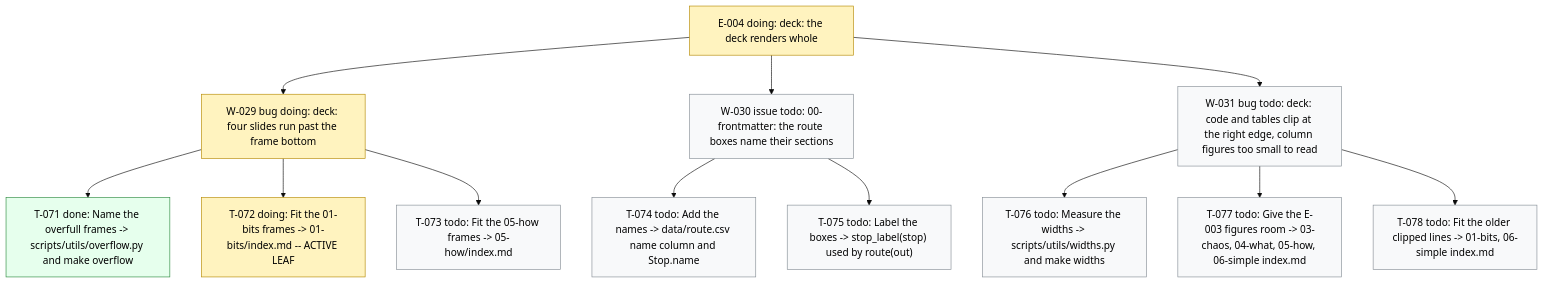
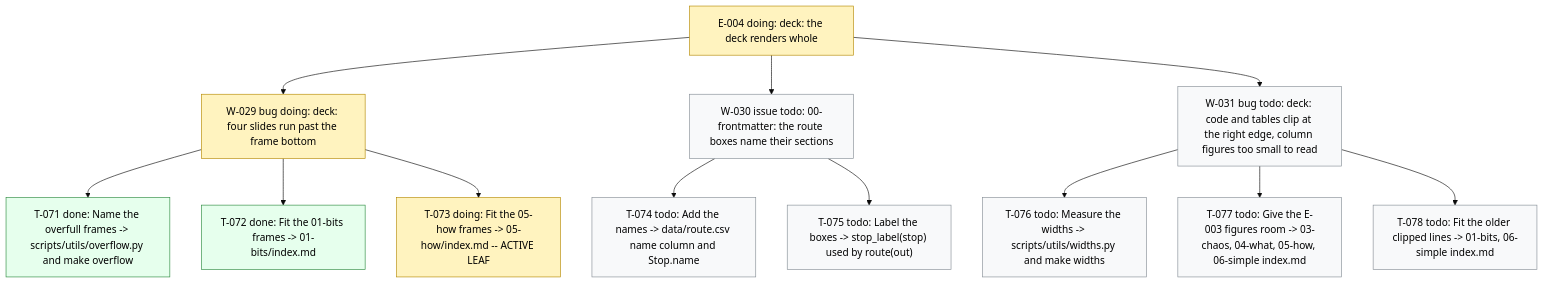
Before and after one commit to dpopchev/chaos-to-simple: the diagram in .board/BOARD.md, drawn with Mermaid (base theme). The commit also changed other lines of this file and 2 other files, not shown here.

Commit message:
chore(board): close T-072, start T-073
Refs: W-029 T-072 T-073

````diff
--- a/.board/BOARD.md
+++ b/.board/BOARD.md
@@ -193,23 +193,23 @@
 ```mermaid
 flowchart TD
   E004["E-004 doing: deck: the deck renders whole"]
   E004 --> W029["W-029 bug doing: deck: four slides run past the frame bottom"]
   W029 --> T071["T-071 done: Name the overfull frames -> scripts/utils/overflow.py and make overflow"]
-  W029 --> T072["T-072 doing: Fit the 01-bits frames -> 01-bits/index.md -- ACTIVE LEAF"]
-  W029 --> T073["T-073 todo: Fit the 05-how frames -> 05-how/index.md"]
+  W029 --> T072["T-072 done: Fit the 01-bits frames -> 01-bits/index.md"]
+  W029 --> T073["T-073 doing: Fit the 05-how frames -> 05-how/index.md -- ACTIVE LEAF"]
   E004 --> W030["W-030 issue todo: 00-frontmatter: the route boxes name their sections"]
   W030 --> T074["T-074 todo: Add the names -> data/route.csv name column and Stop.name"]
   W030 --> T075["T-075 todo: Label the boxes -> stop_label(stop) used by route(out)"]
   E004 --> W031["W-031 bug todo: deck: code and tables clip at the right edge, column figures too small to read"]
   W031 --> T076["T-076 todo: Measure the widths -> scripts/utils/widths.py and make widths"]
   W031 --> T077["T-077 todo: Give the E-003 figures room -> 03-chaos, 04-what, 05-how, 06-simple index.md"]
   W031 --> T078["T-078 todo: Fit the older clipped lines -> 01-bits, 06-simple index.md"]
   classDef doing fill:#fff3bf,stroke:#b58900,color:#000;
   classDef blocked fill:#ffe3e3,stroke:#c92a2a,color:#000;
   classDef done fill:#e6ffed,stroke:#2b8a3e,color:#000;
   classDef todo fill:#f8f9fa,stroke:#868e96,color:#000;
   classDef pruned fill:#f1f3f5,stroke:#adb5bd,color:#000;
-  class E004,W029,T072 doing
-  class T071 done
-  class T073,W030,T074,T075,W031,T076,T077,T078 todo
+  class E004,W029,T073 doing
+  class T071,T072 done
+  class W030,T074,T075,W031,T076,T077,T078 todo
 ```
````
